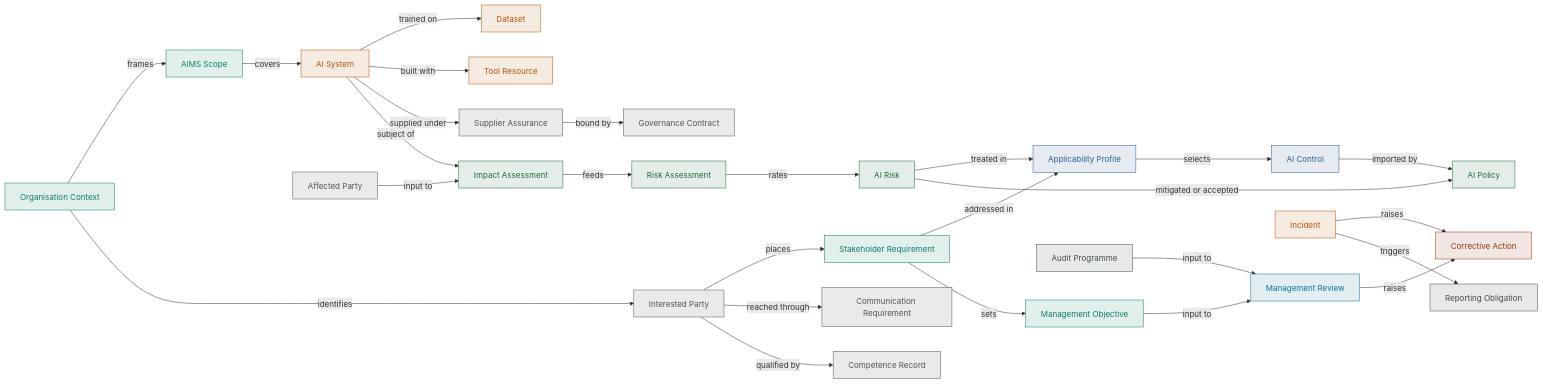
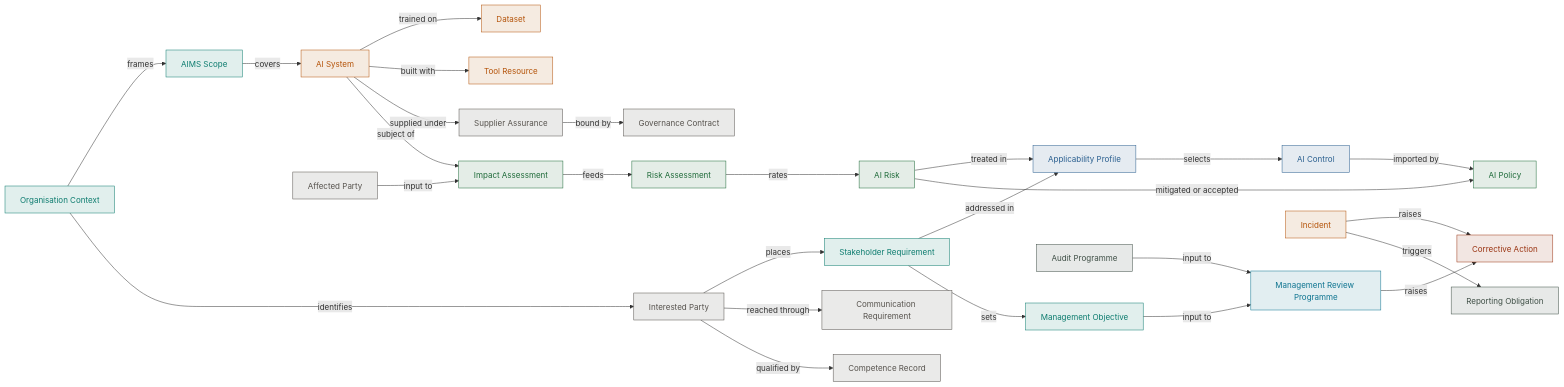
One commit to risk-first/ten-factor-governance changed the diagram in docs/artifacts/iso-iec/iso42001/index.mdx. Above: the diagram before and after it, drawn with Mermaid. The commit also changed 37 other files, not shown here.

```diff
--- a/docs/artifacts/iso-iec/iso42001/index.mdx
+++ b/docs/artifacts/iso-iec/iso42001/index.mdx
@@ -50,9 +50,9 @@
   AIRisk -->|mitigated or accepted| AIPolicy
 
   StakeholderRequirement -->|sets| ManagementObjective["Management Objective"]
-  ManagementObjective -->|input to| ManagementReview["Management Review"]
-  AuditProgramme["Audit Programme"] -->|input to| ManagementReview
-  ManagementReview -->|raises| CorrectiveAction["Corrective Action"]
+  ManagementObjective -->|input to| ManagementReviewProgramme["Management Review Programme"]
+  AuditProgramme["Audit Programme"] -->|input to| ManagementReviewProgramme
+  ManagementReviewProgramme -->|raises| CorrectiveAction["Corrective Action"]
   Incident -->|raises| CorrectiveAction
   Incident -->|triggers| ReportingObligation["Reporting Obligation"]
 
@@ -79,7 +79,7 @@
   style Incident fill:#f5ebe1,stroke:#b45309,color:#b45309
 
   %% Layer 5 — Evaluate (--gf-band-evaluate-soft)
-  style ManagementReview fill:#e2eef1,stroke:#0e7490,color:#0e7490
+  style ManagementReviewProgramme fill:#e2eef1,stroke:#0e7490,color:#0e7490
 
   %% Layer 6 — Enforce (--gf-band-enforce-soft)
   style CorrectiveAction fill:#f2e6e2,stroke:#9a3412,color:#9a3412
@@ -115,7 +115,7 @@
   click AIControl "/docs/artifacts/definitions/assess/control" "AI Control"
   click AIPolicy "/docs/artifacts/definitions/decide/policy" "AI Policy"
   click ManagementObjective "/docs/artifacts/definitions/define/management-objective" "Management Objective"
-  click ManagementReview "/docs/artifacts/definitions/evaluate/management-review" "Management Review"
+  click ManagementReviewProgramme "/docs/artifacts/definitions/evaluate/management-review" "Management Review Programme"
   click AuditProgramme "/docs/artifacts/definitions/assure/audit-programme" "Audit Programme"
   click CorrectiveAction "/docs/artifacts/definitions/enforce/corrective-action" "Corrective Action"
   click Incident "/docs/artifacts/definitions/operate/incident" "Incident"
```
